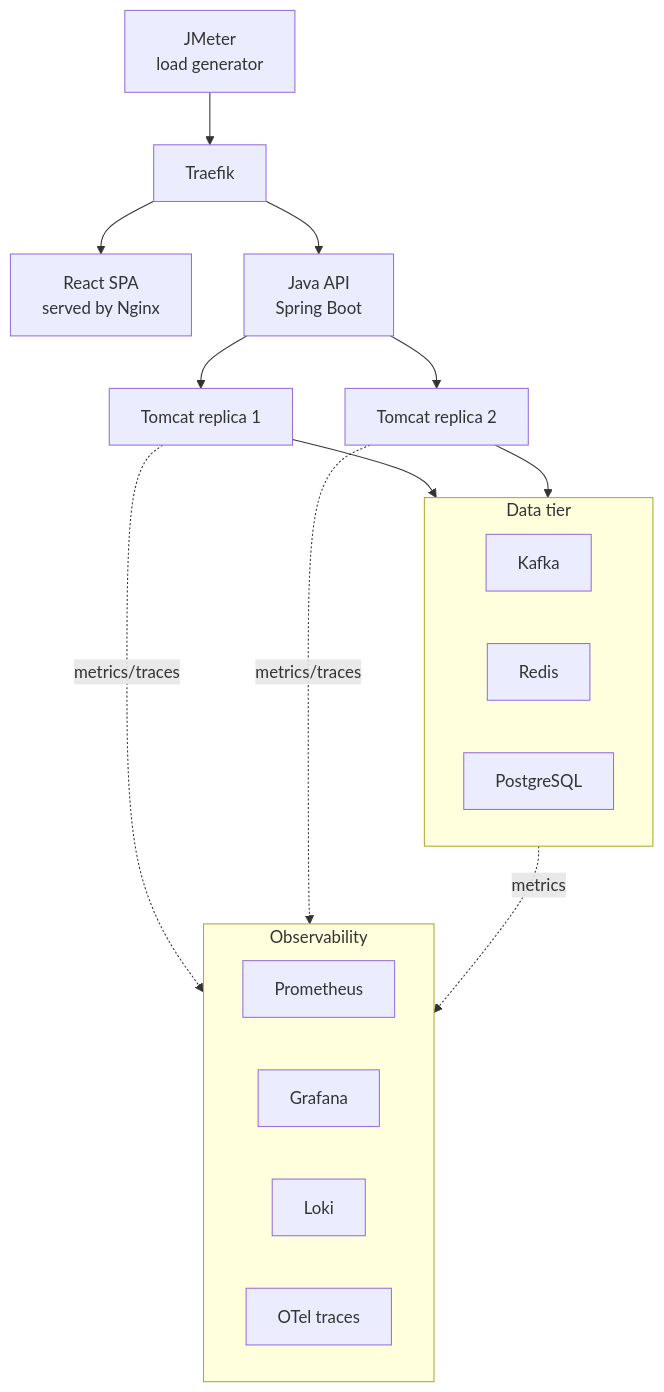
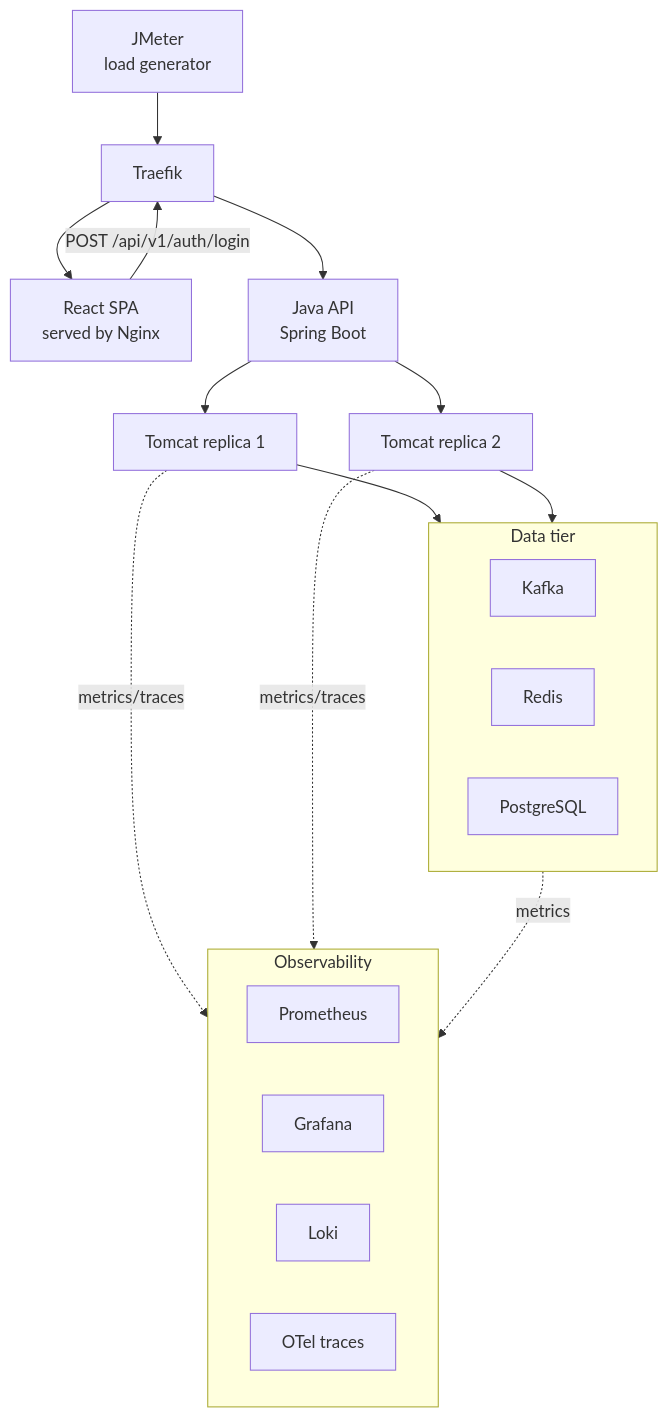
The diagram in grid-meter-app/docs/architecture.md (inquisitivefrog/apps), drawn with Mermaid before and after one commit. The commit also changed other lines of this file and 4 other files, not shown here.

First line of the commit message:
Document JWT auth and frontend architecture

````diff
--- a/grid-meter-app/docs/architecture.md
+++ b/grid-meter-app/docs/architecture.md
@@ -25,24 +25,25 @@
 ```mermaid
 flowchart TD
     JM[JMeter<br/>load generator] --> TR[Traefik]
     TR --> FE[React SPA<br/>served by Nginx]
+    FE -- "POST /api/v1/auth/login" --> TR
     TR --> API[Java API<br/>Spring Boot]
     API --> T1[Tomcat replica 1]
     API --> T2[Tomcat replica 2]
     T1 --> DATA
     T2 --> DATA
     subgraph DATA[Data tier]
         KAFKA[Kafka]
         REDIS[Redis]
         PG[PostgreSQL]
     end
     subgraph OBS[Observability]
         PROM[Prometheus]
         GRAF[Grafana]
         LOKI[Loki]
         OTEL[OTel traces]
     end
     T1 -.metrics/traces.-> OBS
     T2 -.metrics/traces.-> OBS
     DATA -.metrics.-> OBS
 ```
````
